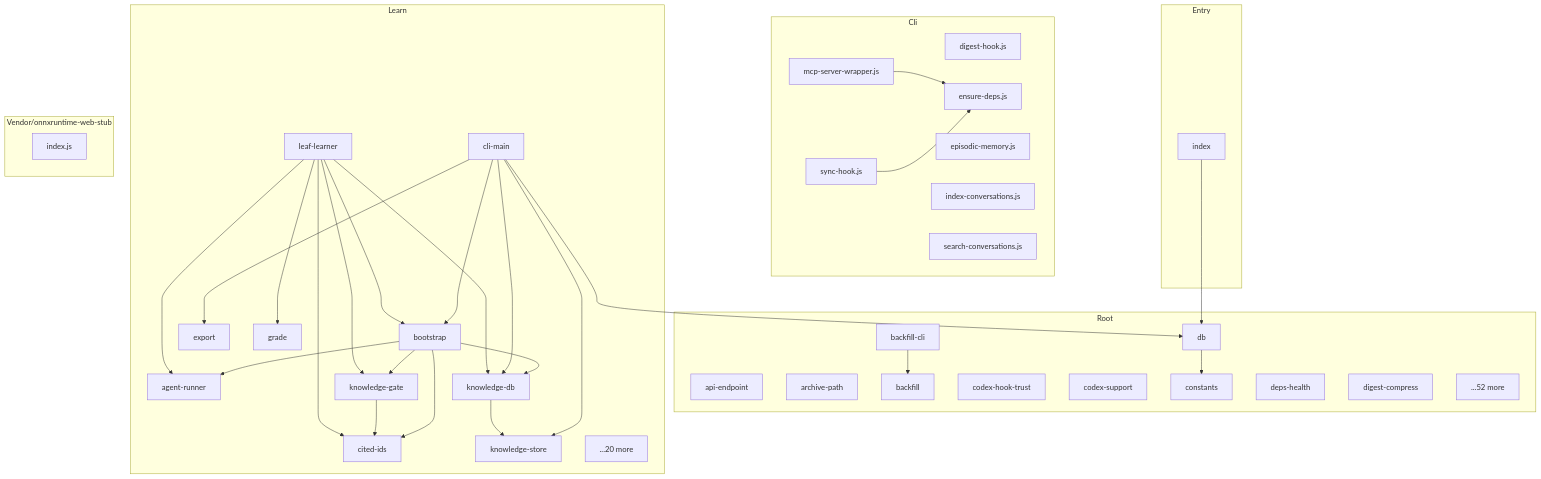
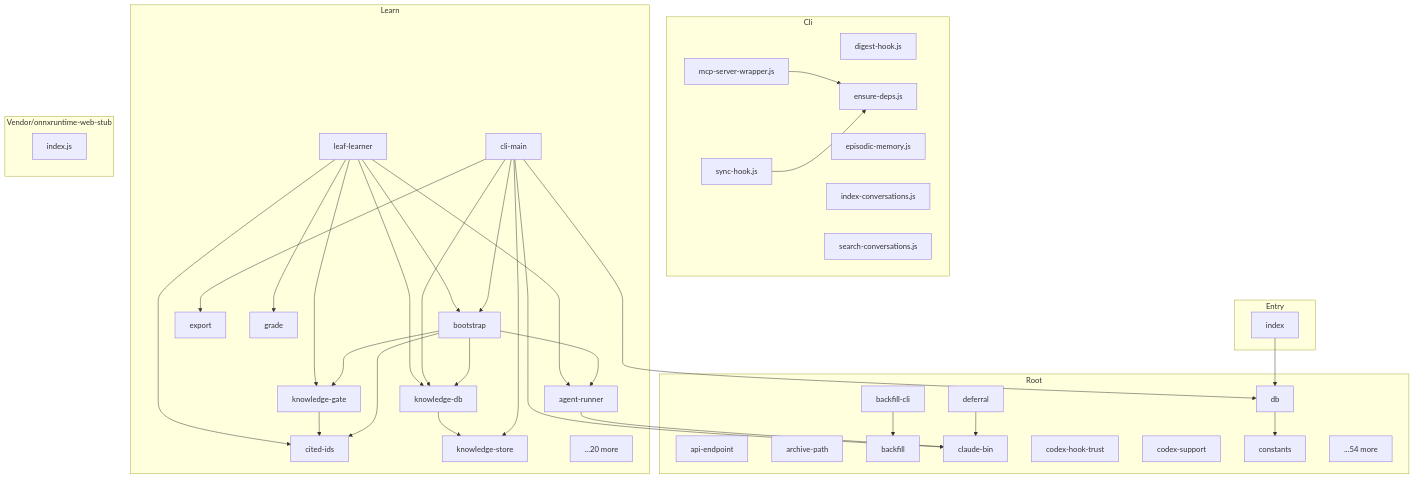
The diagram in docs/architecture/DEPENDENCY_GRAPH.md (danielsimonjr/episodic-memory), drawn with Mermaid before and after one commit. The commit also changed other lines of this file and 64 other files, not shown here.

First line of the commit message:
deps: opt-in removal of the bundled Claude Code binary (plan step 5) (#58)

````diff
--- a/docs/architecture/DEPENDENCY_GRAPH.md
+++ b/docs/architecture/DEPENDENCY_GRAPH.md
@@ -2037,71 +2076,74 @@
 ```mermaid
 graph TD
     subgraph Cli
         N0[digest-hook.js]
         N1[ensure-deps.js]
         N2[episodic-memory.js]
         N3[index-conversations.js]
         N4[mcp-server-wrapper.js]
         N5[search-conversations.js]
         N6[sync-hook.js]
     end
 
     subgraph Root
         N7[api-endpoint]
         N8[archive-path]
         N9[backfill-cli]
         N10[backfill]
-        N11[codex-hook-trust]
-        N12[codex-support]
-        N13[constants]
-        N14[db]
-        N15[deps-health]
-        N16[digest-compress]
-        N17[...52 more]
+        N11[claude-bin]
+        N12[codex-hook-trust]
+        N13[codex-support]
+        N14[constants]
+        N15[db]
+        N16[deferral]
+        N17[...54 more]
     end
 
     subgraph Entry
         N18[index]
     end
 
     subgraph Learn
         N19[agent-runner]
         N20[bootstrap]
         N21[cited-ids]
         N22[cli-main]
         N23[export]
         N24[grade]
         N25[knowledge-db]
         N26[knowledge-gate]
         N27[knowledge-store]
         N28[leaf-learner]
         N29[...20 more]
     end
 
     subgraph Vendor/onnxruntime-web-stub
         N30[index.js]
     end
 
     N4 --> N1
     N6 --> N1
     N9 --> N10
-    N14 --> N13
-    N18 --> N14
+    N15 --> N14
+    N16 --> N11
+    N18 --> N15
+    N19 --> N11
     N20 --> N25
     N20 --> N26
     N20 --> N21
     N20 --> N19
+    N22 --> N11
     N22 --> N25
     N22 --> N23
     N22 --> N27
-    N22 --> N14
+    N22 --> N15
     N22 --> N20
     N25 --> N27
     N26 --> N21
     N28 --> N20
     N28 --> N26
     N28 --> N21
     N28 --> N25
     N28 --> N19
     N28 --> N24
 ```
````
